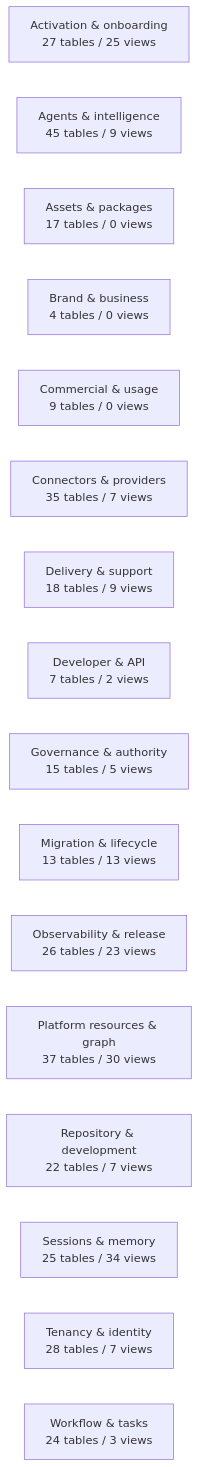
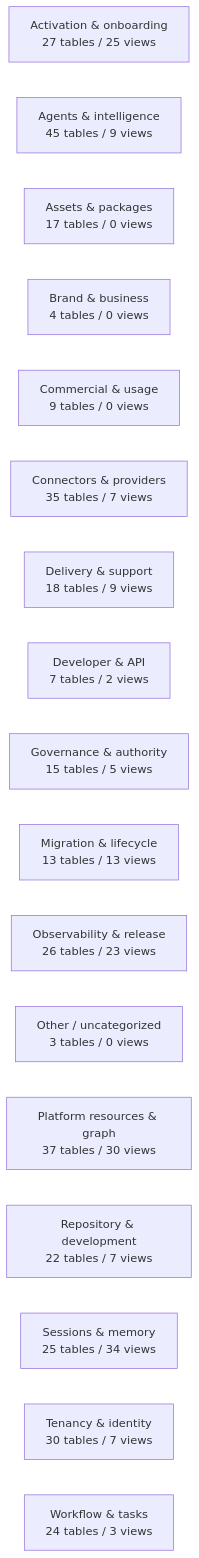
Before and after one commit to mad4bdigital-ai/multi-business-multi-role-growth-intelligence-os: the diagram in docs/work-maps/data-model-domain-map.md, drawn with Mermaid. The commit also changed other lines of this file and 4 other files, not shown here.

````diff
--- a/docs/work-maps/data-model-domain-map.md
+++ b/docs/work-maps/data-model-domain-map.md
@@ -9,19 +9,20 @@
 ```mermaid
 flowchart LR
   n_Activation___onboarding["Activation & onboarding<br/>27 tables / 25 views"]
   n_Agents___intelligence["Agents & intelligence<br/>45 tables / 9 views"]
   n_Assets___packages["Assets & packages<br/>17 tables / 0 views"]
   n_Brand___business["Brand & business<br/>4 tables / 0 views"]
   n_Commercial___usage["Commercial & usage<br/>9 tables / 0 views"]
   n_Connectors___providers["Connectors & providers<br/>35 tables / 7 views"]
   n_Delivery___support["Delivery & support<br/>18 tables / 9 views"]
   n_Developer___API["Developer & API<br/>7 tables / 2 views"]
   n_Governance___authority["Governance & authority<br/>15 tables / 5 views"]
   n_Migration___lifecycle["Migration & lifecycle<br/>13 tables / 13 views"]
   n_Observability___release["Observability & release<br/>26 tables / 23 views"]
+  n_Other___uncategorized["Other / uncategorized<br/>3 tables / 0 views"]
   n_Platform_resources___graph["Platform resources & graph<br/>37 tables / 30 views"]
   n_Repository___development["Repository & development<br/>22 tables / 7 views"]
   n_Sessions___memory["Sessions & memory<br/>25 tables / 34 views"]
-  n_Tenancy___identity["Tenancy & identity<br/>28 tables / 7 views"]
+  n_Tenancy___identity["Tenancy & identity<br/>30 tables / 7 views"]
   n_Workflow___tasks["Workflow & tasks<br/>24 tables / 3 views"]
 ```
````
